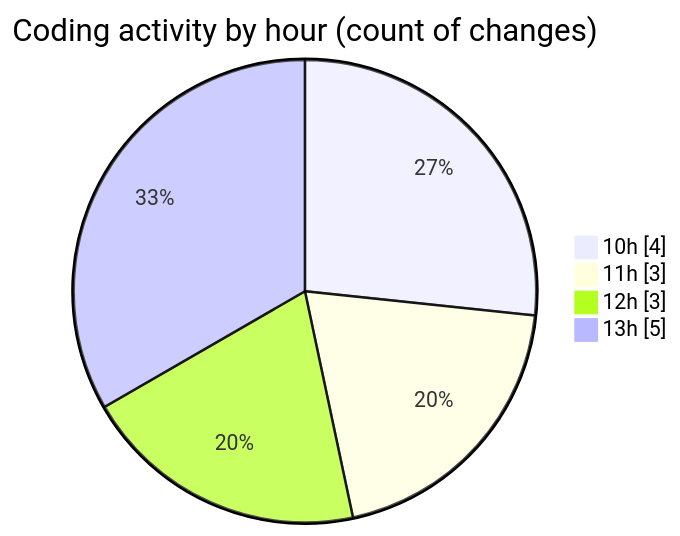
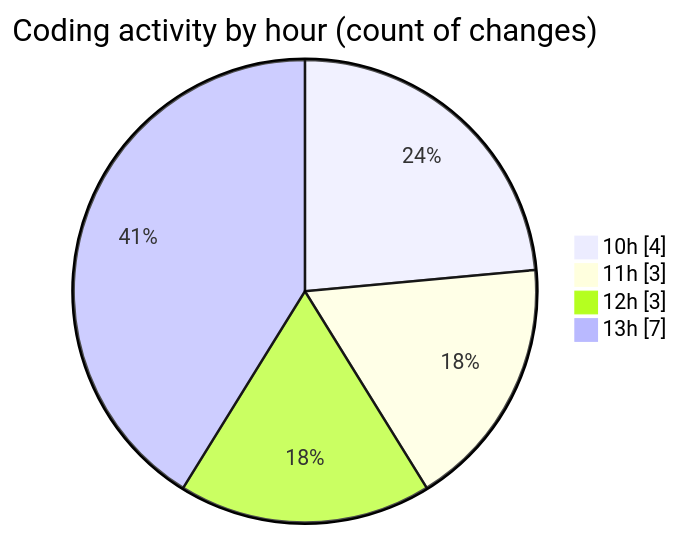
Before and after one commit to momahboobian/code-tracking: the second of 2 diagrams in 2025-11-28/cda/README.md, drawn with Mermaid. The commit also changed other lines of this file and 1 other file, not shown here.

````diff
--- a/2025-11-28/cda/README.md
+++ b/2025-11-28/cda/README.md
@@ -37,8 +39,8 @@
 ```mermaid
 pie showData
 title Coding activity by hour (count of changes)
 "10h" : 4
 "11h" : 3
 "12h" : 3
-"13h" : 5
+"13h" : 7
 ```
````
